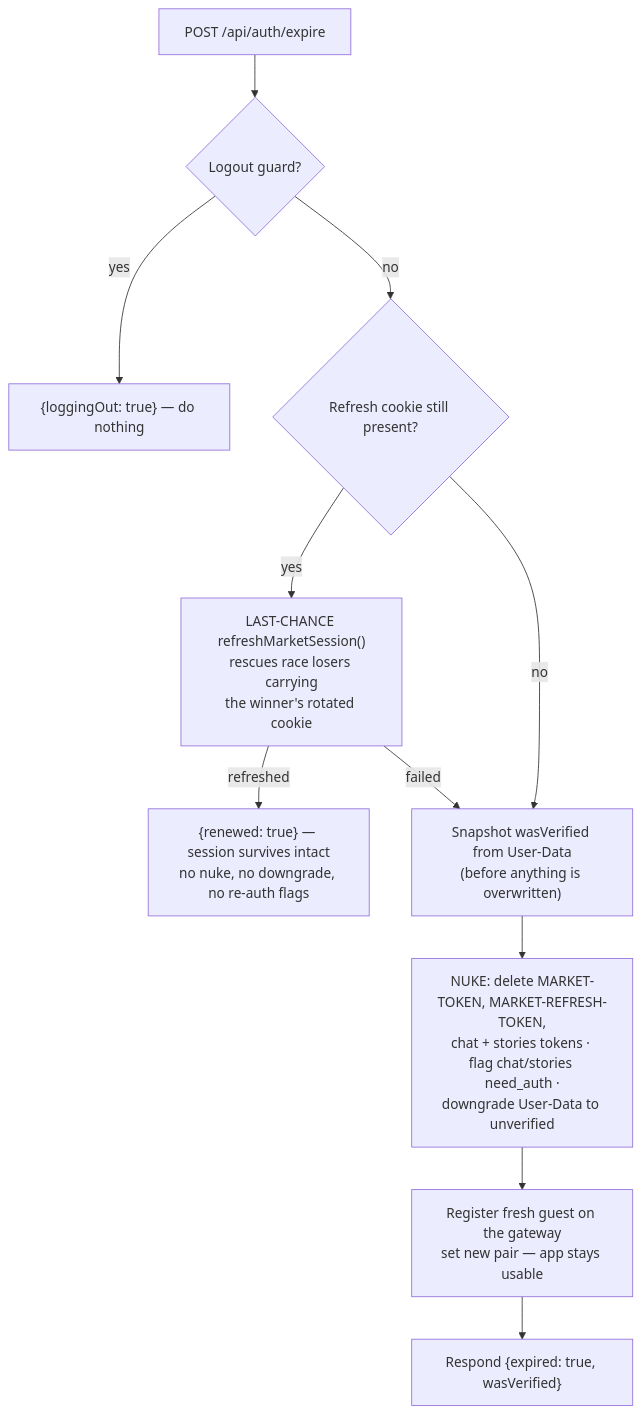
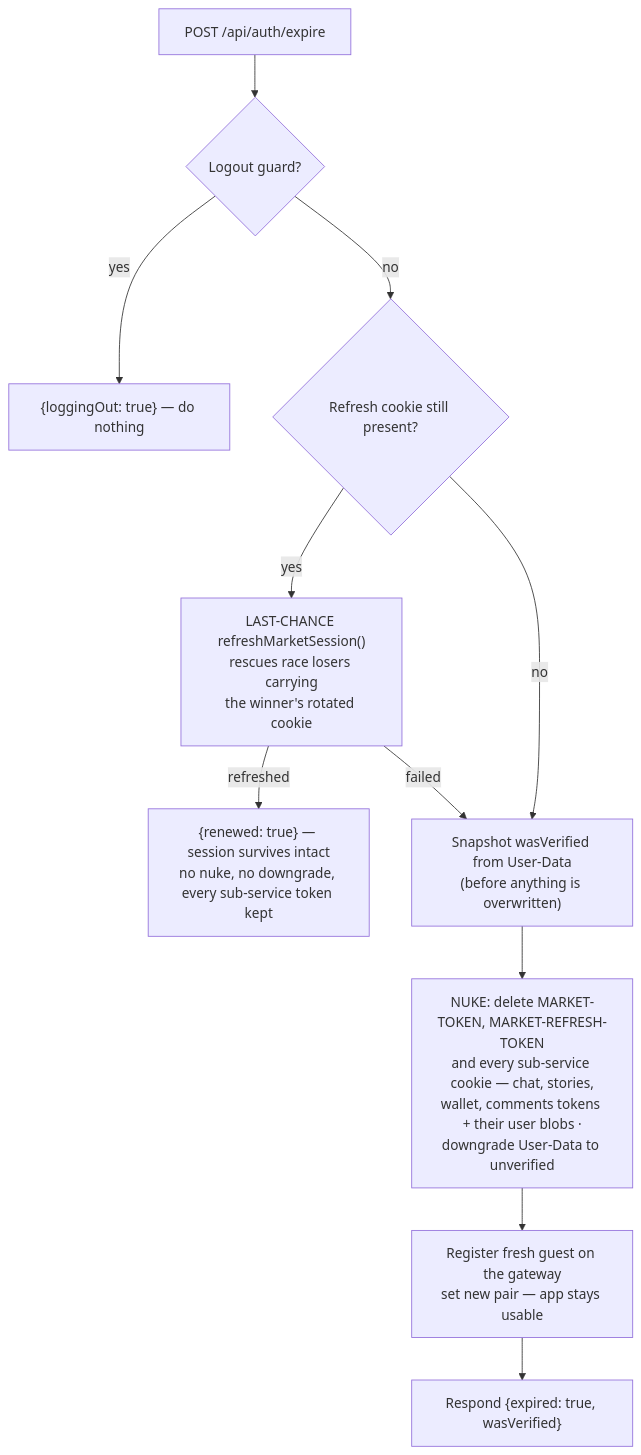
The fifth of 6 diagrams in REFRESH-FLOWS.md (AlaaAsaad57/Trydos), drawn with Mermaid before and after one commit. The commit also changed other lines of this file and 3 other files, not shown here.

First line of the commit message:
fix(auth): ensure sub-service cookies are cleared during guest registration

````diff
--- a/REFRESH-FLOWS.md
+++ b/REFRESH-FLOWS.md
@@ -138,13 +138,13 @@
 ```mermaid
 flowchart TD
     A["POST /api/auth/expire"] --> B{Logout guard?}
     B -->|yes| Z["{loggingOut: true} — do nothing"]
     B -->|no| C{Refresh cookie still present?}
     C -->|yes| D["LAST-CHANCE refreshMarketSession()<br/>rescues race losers carrying<br/>the winner's rotated cookie"]
-    D -->|refreshed| E["{renewed: true} — session survives intact<br/>no nuke, no downgrade, no re-auth flags"]
+    D -->|refreshed| E["{renewed: true} — session survives intact<br/>no nuke, no downgrade, every sub-service token kept"]
     D -->|failed| F
     C -->|no| F["Snapshot wasVerified from User-Data<br/>(before anything is overwritten)"]
-    F --> G["NUKE: delete MARKET-TOKEN, MARKET-REFRESH-TOKEN,<br/>chat + stories tokens · flag chat/stories need_auth ·<br/>downgrade User-Data to unverified"]
+    F --> G["NUKE: delete MARKET-TOKEN, MARKET-REFRESH-TOKEN<br/>and every sub-service cookie — chat, stories,<br/>wallet, comments tokens + their user blobs ·<br/>downgrade User-Data to unverified"]
     G --> H["Register fresh guest on the gateway<br/>set new pair — app stays usable"]
     H --> I["Respond {expired: true, wasVerified}"]
 ```
````
